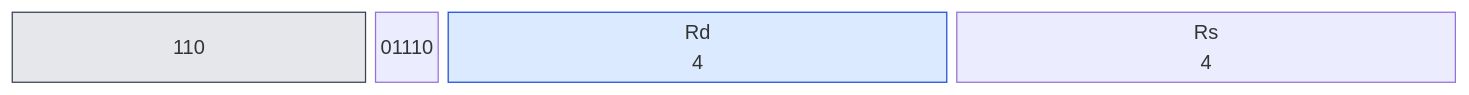
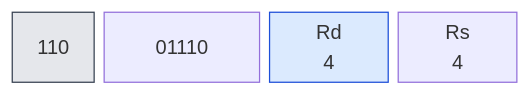
Diagram 19 of 32 in book/kap03.md (olfp/Deep16), drawn with Mermaid before and after one commit. The commit also changed other lines of this file and 1 other file, not shown here.

Commit message:
book(kap03): alle 32 Befehlsdiagramme auf 31-Spalten-Layout normiert

````diff
--- a/book/kap03.md
+++ b/book/kap03.md
@@ -636,16 +636,16 @@
 ```mermaid
 block-beta
   columns 31
   classDef op fill:#e5e7eb,stroke:#374151
   classDef reg fill:#dbeafe,stroke:#1d4ed8
   classDef imm fill:#fef3c7,stroke:#b45309
   classDef off fill:#dcfce7,stroke:#15803d
   classDef seg fill:#ede9fe,stroke:#6d28d9
   classDef all fill:#fee2e2,stroke:#b91c1c
   b0["110"]:5
-  b1["01110"]:1
+  b1["01110"]:9
   b2["Rd<br/>4"]:7
   b3["Rs<br/>4"]:7
   class b0 b1 op
   class b2 b3 reg
 ```
````
